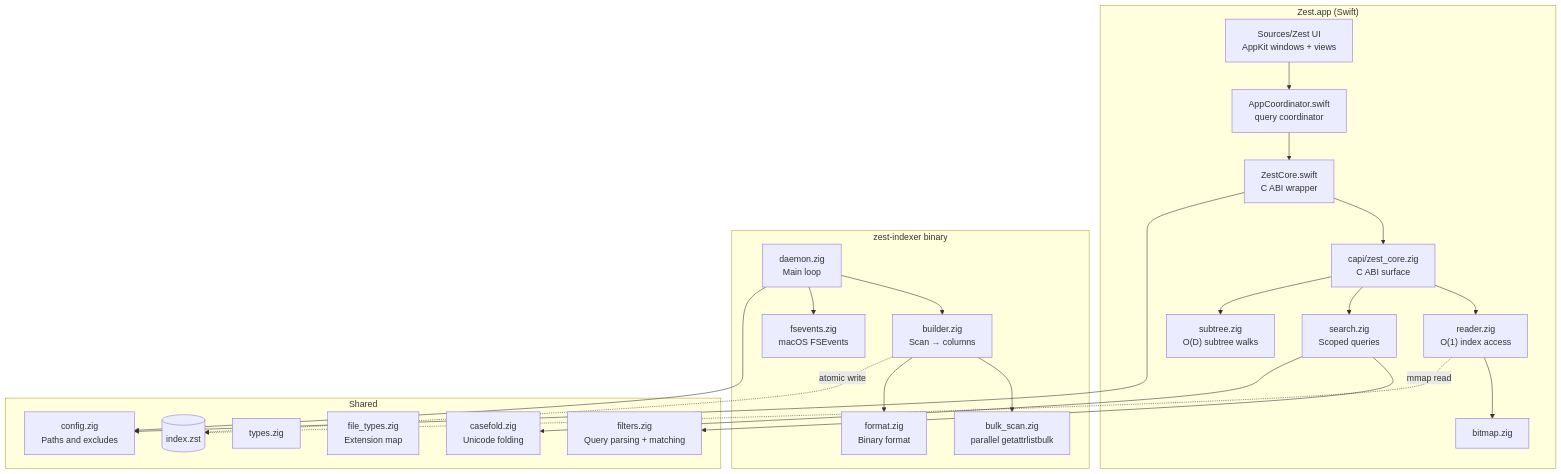
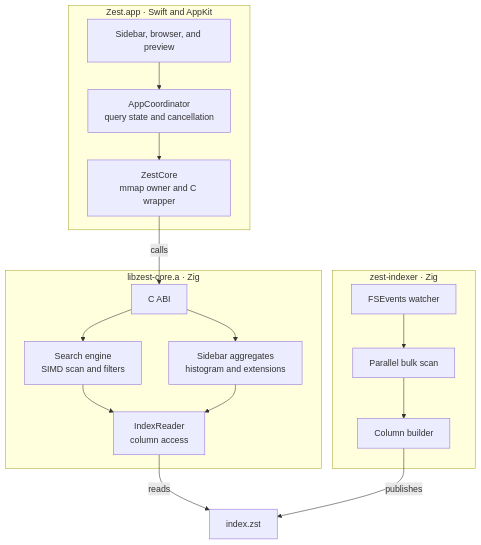
One commit to HelgeSverre/zest changed the second of 3 diagrams in README.md. Above: the diagram before and after it, drawn with Mermaid. The commit also changed other lines of this file, not shown here.

Commit message:
docs: streamline README and diagrams

````diff
--- a/README.md
+++ b/README.md
@@ -187,35 +158,33 @@
 ```mermaid
-graph TB
-    subgraph "Zest.app (Swift)"
-        SwiftUI["Sources/Zest UI<br/>AppKit windows + views"] --> AC["AppCoordinator.swift<br/>query coordinator"]
-        AC --> ZC["ZestCore.swift<br/>C ABI wrapper"]
-        ZC --> CAPI["capi/zest_core.zig<br/>C ABI surface"]
-        CAPI --> IR["reader.zig<br/>O(1) index access"]
-        CAPI --> Search["search.zig<br/>Scoped queries"]
-        CAPI --> ST["subtree.zig<br/>O(D) subtree walks"]
-        IR --> Bitmap["bitmap.zig"]
+flowchart TB
+    subgraph "Zest.app · Swift and AppKit"
+        UI["Sidebar, browser, and preview"]
+        Coordinator["AppCoordinator<br/>query state and cancellation"]
+        Bridge["ZestCore<br/>mmap owner and C wrapper"]
+        UI --> Coordinator
+        Coordinator --> Bridge
     end
 
-    subgraph "zest-indexer binary"
-        Daemon["daemon.zig<br/>Main loop"] --> Builder["builder.zig<br/>Scan → columns"]
-        Builder --> Bulk["bulk_scan.zig<br/>parallel getattrlistbulk"]
-        Daemon --> FSE["fsevents.zig<br/>macOS FSEvents"]
-        Builder --> Format["format.zig<br/>Binary format"]
+    subgraph "libzest-core.a · Zig"
+        ABI["C ABI"]
+        Search["Search engine<br/>SIMD scan and filters"]
+        Aggregates["Sidebar aggregates<br/>histogram and extensions"]
+        Reader["IndexReader<br/>column access"]
+        ABI --> Search
+        ABI --> Aggregates
+        Search --> Reader
+        Aggregates --> Reader
     end
 
-    subgraph "Shared"
-        Index[(index.zst)]
-        Config["config.zig<br/>Paths and excludes"]
-        Types["types.zig"]
-        FT["file_types.zig<br/>Extension map"]
-        Filters["filters.zig<br/>Query parsing + matching"]
-        CF["casefold.zig<br/>Unicode folding"]
+    subgraph "zest-indexer · Zig"
+        Watcher["FSEvents watcher"]
+        Scanner["Parallel bulk scan"]
+        Builder["Column builder"]
+        Watcher --> Scanner
+        Scanner --> Builder
     end
 
-    IR -.->|mmap read| Index
-    Builder -.->|atomic write| Index
-    ZC --> Config
-    Daemon --> Config
-    Search --> Filters
-    Search --> CF
+    Bridge -->|calls| ABI
+    Reader -->|reads| Index["index.zst"]
+    Builder -->|publishes| Index
 ```
````
